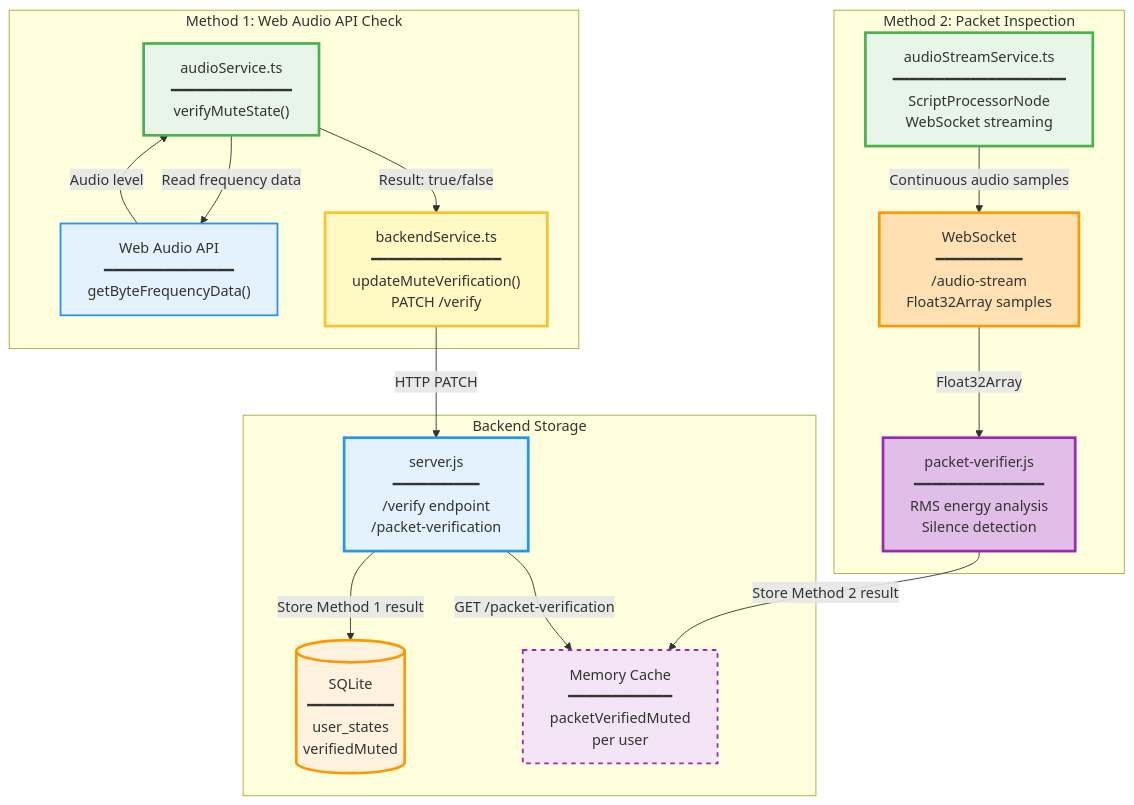
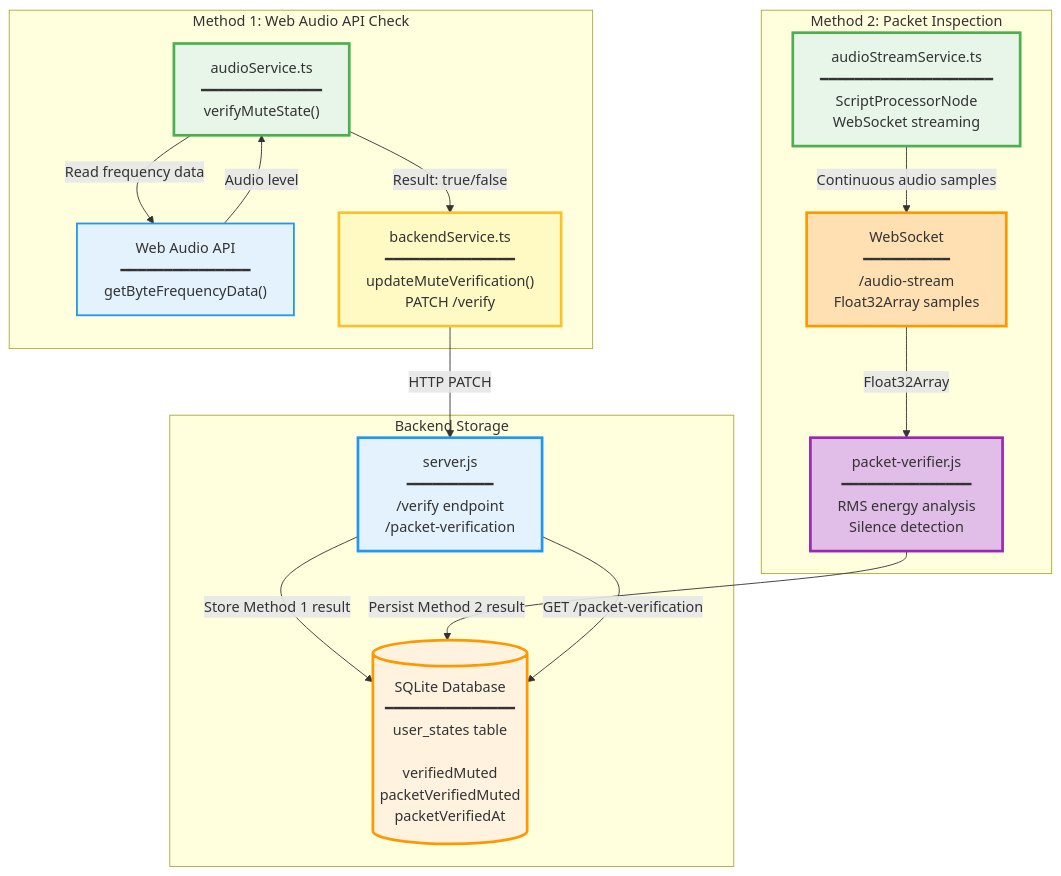
The fourth of 4 diagrams in BACKEND_INTERNAL_ARCHITECTURE.md (arthur900530/team-bug-farmers), drawn with Mermaid before and after one commit. The commit also changed other lines of this file and 4 other files, not shown here.

Commit message:
made sure packet information is stored into the DB with packet verification result + the timestamp

````diff
--- a/BACKEND_INTERNAL_ARCHITECTURE.md
+++ b/BACKEND_INTERNAL_ARCHITECTURE.md
@@ -1104,41 +1107,39 @@
 ```mermaid
 graph TB
     subgraph "Method 1: Web Audio API Check"
         AudioService1["audioService.ts<br/>━━━━━━━━━━━━━━<br/>verifyMuteState()"]
         WebAudioAPI["Web Audio API<br/>━━━━━━━━━━━━━━━<br/>getByteFrequencyData()"]
         BackendService1["backendService.ts<br/>━━━━━━━━━━━━━━━<br/>updateMuteVerification()<br/>PATCH /verify"]
     end
     
     subgraph "Method 2: Packet Inspection"
         AudioStreamService["audioStreamService.ts<br/>━━━━━━━━━━━━━━━━━━━━<br/>ScriptProcessorNode<br/>WebSocket streaming"]
         WebSocket["WebSocket<br/>━━━━━━━━━━<br/>/audio-stream<br/>Float32Array samples"]
         PacketVerifier["packet-verifier.js<br/>━━━━━━━━━━━━━━━<br/>RMS energy analysis<br/>Silence detection"]
     end
     
     subgraph "Backend Storage"
         Server["server.js<br/>━━━━━━━━━━<br/>/verify endpoint<br/>/packet-verification"]
-        DB[("SQLite<br/>━━━━━━━━━━<br/>user_states<br/>verifiedMuted")]
-        Cache["Memory Cache<br/>━━━━━━━━━━━━<br/>packetVerifiedMuted<br/>per user"]
+        DB[("SQLite Database<br/>━━━━━━━━━━━━━━━<br/>user_states table<br/><br/>verifiedMuted<br/>packetVerifiedMuted<br/>packetVerifiedAt")]
     end
     
     AudioService1 -->|"Read frequency data"| WebAudioAPI
     WebAudioAPI -->|"Audio level"| AudioService1
     AudioService1 -->|"Result: true/false"| BackendService1
     BackendService1 -->|"HTTP PATCH"| Server
     Server -->|"Store Method 1 result"| DB
     
     AudioStreamService -->|"Continuous audio samples"| WebSocket
     WebSocket -->|"Float32Array"| PacketVerifier
-    PacketVerifier -->|"Store Method 2 result"| Cache
-    Server -->|"GET /packet-verification"| Cache
+    PacketVerifier -->|"Persist Method 2 result"| DB
+    Server -->|"GET /packet-verification"| DB
     
     style AudioService1 fill:#E8F5E9,stroke:#4CAF50,stroke-width:3px
     style WebAudioAPI fill:#E3F2FD,stroke:#2196F3,stroke-width:2px
     style BackendService1 fill:#FFF9C4,stroke:#FBC02D,stroke-width:3px
     style AudioStreamService fill:#E8F5E9,stroke:#4CAF50,stroke-width:3px
     style WebSocket fill:#FFE0B2,stroke:#FF9800,stroke-width:3px
     style PacketVerifier fill:#E1BEE7,stroke:#9C27B0,stroke-width:3px
     style Server fill:#E3F2FD,stroke:#2196F3,stroke-width:3px
     style DB fill:#FFF3E0,stroke:#FF9800,stroke-width:3px
-    style Cache fill:#F3E5F5,stroke:#9C27B0,stroke-width:2px,stroke-dasharray: 5 5
 ```
````
